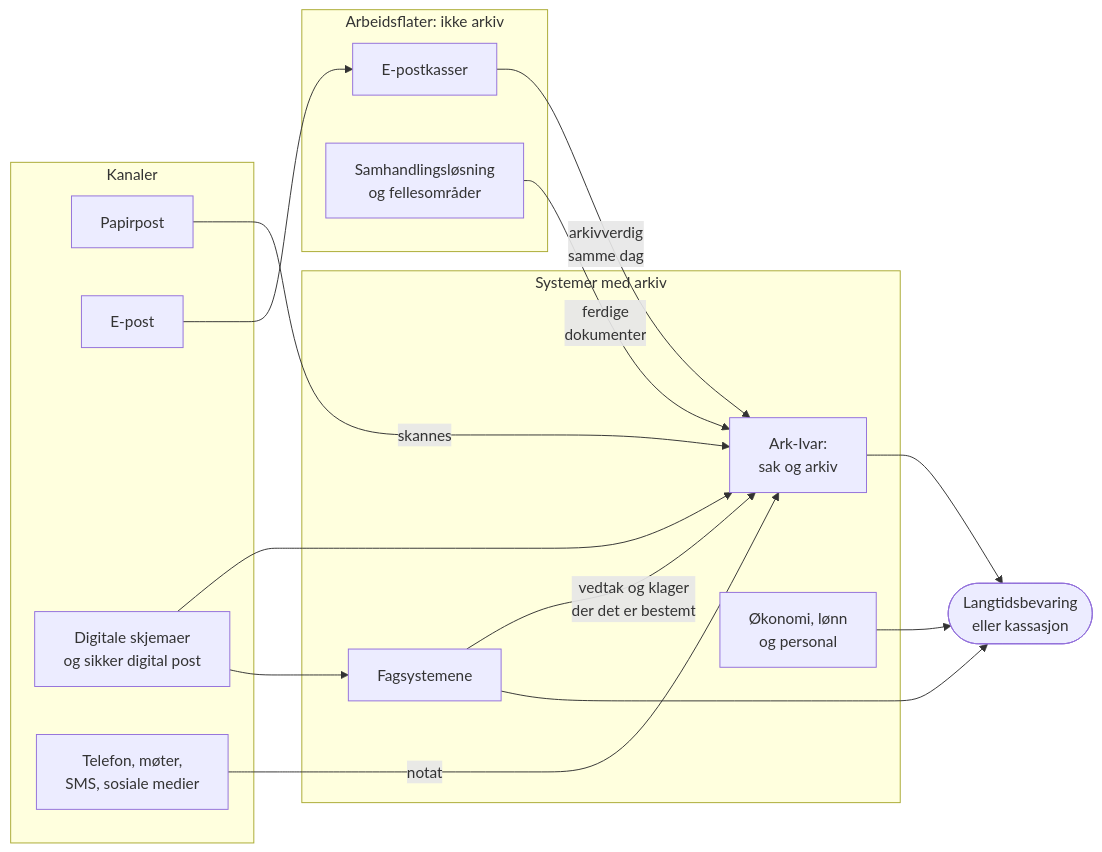
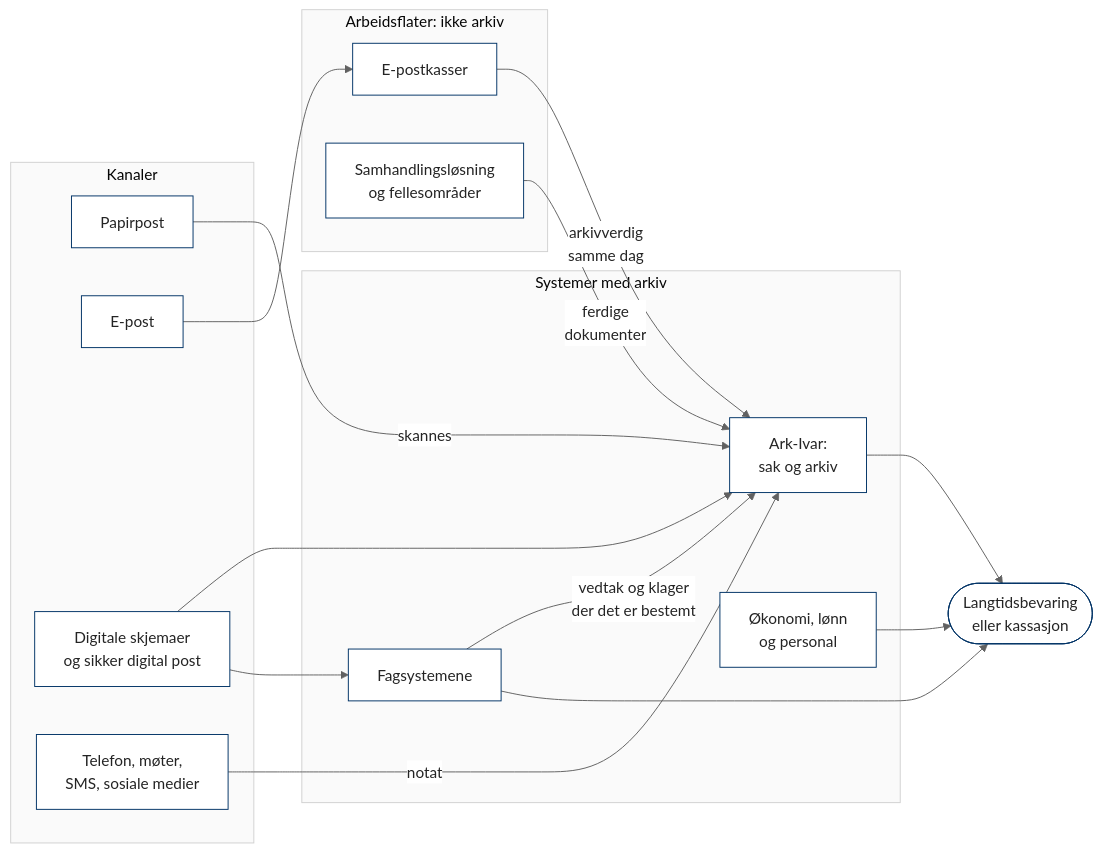
The diagram in docs/arkivplan/02-dokumentasjon-og-systemer.md (magnehg/ark-ivar), drawn with Mermaid before and after one commit. The commit also changed 40 other files, not shown here.

````diff
--- a/docs/arkivplan/02-dokumentasjon-og-systemer.md
+++ b/docs/arkivplan/02-dokumentasjon-og-systemer.md
@@ -10,29 +10,30 @@
 ```mermaid
+%%{init: {"theme": "base", "themeVariables": {"fontFamily": "Segoe UI, system-ui, sans-serif", "primaryColor": "#FFFFFF", "primaryBorderColor": "#003366", "primaryTextColor": "#242424", "secondaryColor": "#F0F0F0", "tertiaryColor": "#FAFAFA", "lineColor": "#616161", "textColor": "#616161", "clusterBkg": "#FAFAFA", "clusterBorder": "#D1D1D1", "edgeLabelBackground": "#FFFFFF", "noteBkgColor": "#E7F0F8", "noteBorderColor": "#0F6CBD", "actorBorder": "#003366", "signalColor": "#616161", "signalTextColor": "#616161"}}}%%
 flowchart LR
     subgraph inn ["Kanaler"]
         post["Papirpost"]
         epost["E-post"]
         skjema["Digitale skjemaer<br/>og sikker digital post"]
         muntlig["Telefon, møter,<br/>SMS, sosiale medier"]
     end
     subgraph arb ["Arbeidsflater: ikke arkiv"]
         innboks["E-postkasser"]
         sam["Samhandlingsløsning<br/>og fellesområder"]
     end
     subgraph ark ["Systemer med arkiv"]
         ai["Ark-Ivar:<br/>sak og arkiv"]
         fag["Fagsystemene"]
         oko["Økonomi, lønn<br/>og personal"]
     end
     post -->|skannes| ai
     skjema --> ai
     skjema --> fag
     epost --> innboks
     muntlig -->|notat| ai
     innboks -->|"arkivverdig<br/>samme dag"| ai
     sam -->|"ferdige<br/>dokumenter"| ai
     fag -->|"vedtak og klager<br/>der det er bestemt"| ai
     ai --> lang(["Langtidsbevaring<br/>eller kassasjon"])
     fag --> lang
     oko --> lang
 ```
````
